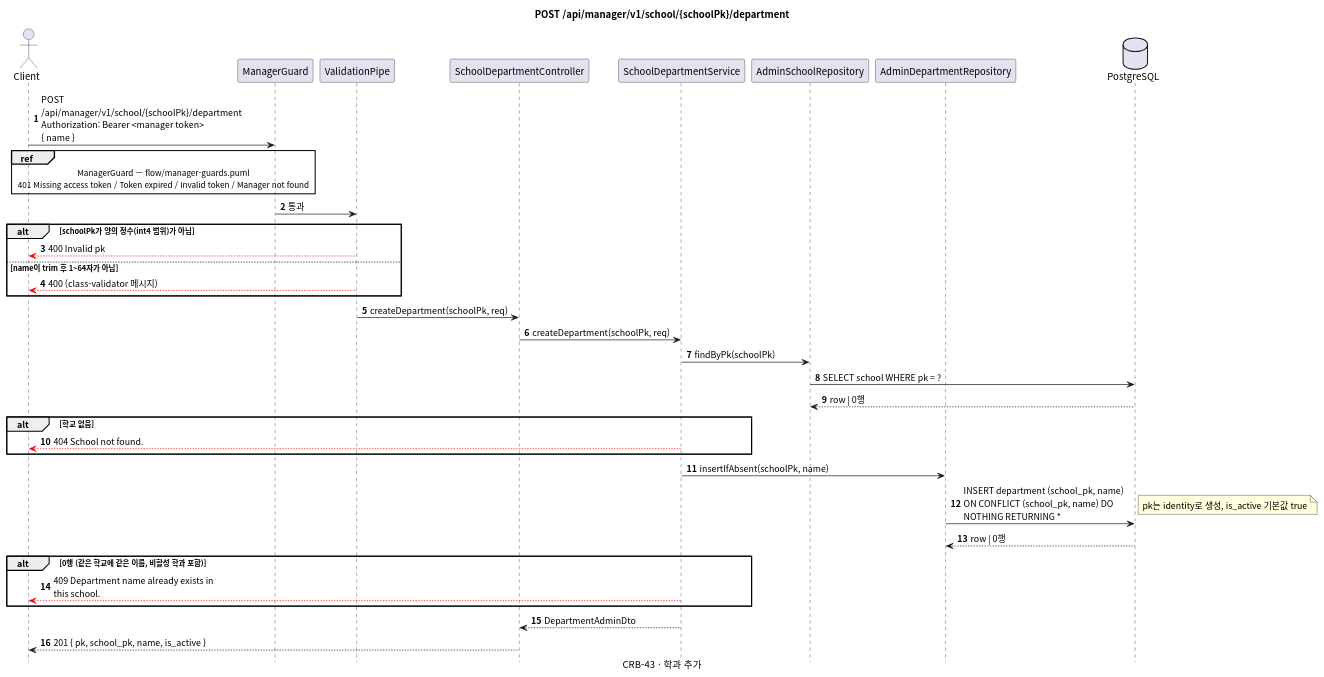
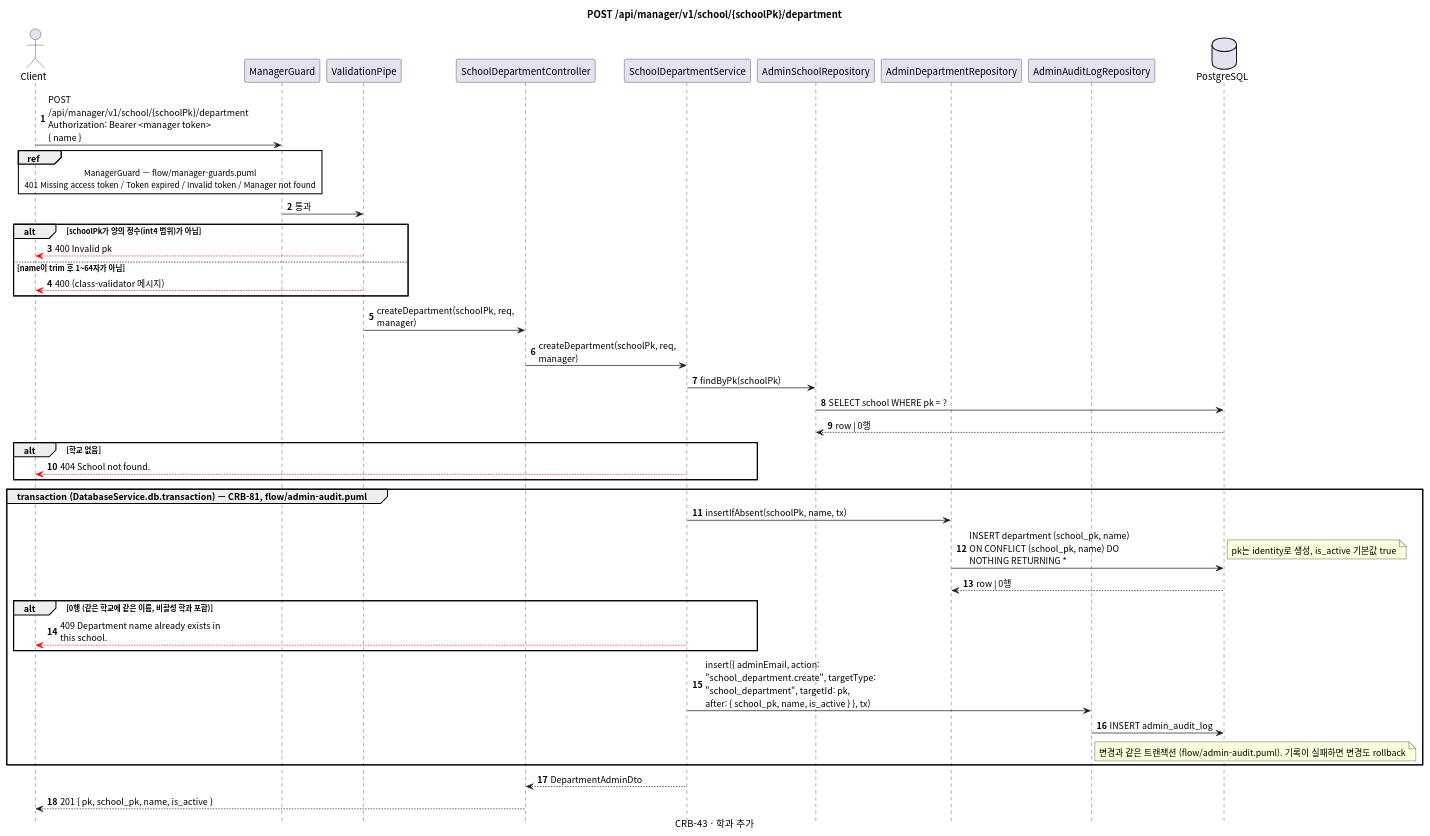
The diagram in docs/sequence/manager/post-school-pk-department.puml (gsainfoteam/cheers-be), drawn with PlantUML before and after one commit. The commit also changed 88 other files, not shown here.

Commit message:
- feat: 어드민 변경 감사 로그(admin_audit_log, 변경 전·후 값)와 접근 로그 · 감사 로그 조회 API

```diff
--- a/docs/sequence/manager/post-school-pk-department.puml
+++ b/docs/sequence/manager/post-school-pk-department.puml
@@ -1,49 +1,55 @@
 @startuml post-manager-school-pk-department
 skinparam defaultFontName "Apple SD Gothic Neo", "Noto Sans CJK KR", sans-serif
 skinparam responseMessageBelowArrow true
 skinparam sequenceMessageAlign left
 skinparam maxMessageSize 260
 skinparam BoxPadding 8
 skinparam shadowing false
 autonumber
 hide footbox
 
 title POST /api/manager/v1/school/{schoolPk}/department
 caption CRB-43 · 학과 추가
 
 actor Client
 participant "ManagerGuard" as Guard
 participant "ValidationPipe" as Pipe
 participant "SchoolDepartmentController" as Controller
 participant "SchoolDepartmentService" as Service
 participant "AdminSchoolRepository" as SchoolRepository
 participant "AdminDepartmentRepository" as DepartmentRepository
+participant "AdminAuditLogRepository" as AdminAuditLogRepository
 database PostgreSQL
 
 Client -> Guard: POST /api/manager/v1/school/{schoolPk}/department\nAuthorization: Bearer <manager token>\n{ name }
 ref over Client, Guard: ManagerGuard — flow/manager-guards.puml\n401 Missing access token / Token expired / Invalid token / Manager not found
 Guard -> Pipe: 통과
 alt schoolPk가 양의 정수(int4 범위)가 아님
   Pipe -[#red]-> Client: 400 Invalid pk
 else name이 trim 후 1~64자가 아님
   Pipe -[#red]-> Client: 400 (class-validator 메시지)
 end
-Pipe -> Controller: createDepartment(schoolPk, req)
-Controller -> Service: createDepartment(schoolPk, req)
+Pipe -> Controller: createDepartment(schoolPk, req, manager)
+Controller -> Service: createDepartment(schoolPk, req, manager)
 Service -> SchoolRepository: findByPk(schoolPk)
 SchoolRepository -> PostgreSQL: SELECT school WHERE pk = ?
 PostgreSQL --> SchoolRepository: row | 0행
 alt 학교 없음
   Service -[#red]-> Client: 404 School not found.
 end
-Service -> DepartmentRepository: insertIfAbsent(schoolPk, name)
-DepartmentRepository -> PostgreSQL: INSERT department (school_pk, name)\nON CONFLICT (school_pk, name) DO NOTHING RETURNING *
-note right: pk는 identity로 생성, is_active 기본값 true
-PostgreSQL --> DepartmentRepository: row | 0행
-alt 0행 (같은 학교에 같은 이름, 비활성 학과 포함)
-  Service -[#red]-> Client: 409 Department name already exists in this school.
+group transaction (DatabaseService.db.transaction) — CRB-81, flow/admin-audit.puml
+  Service -> DepartmentRepository: insertIfAbsent(schoolPk, name, tx)
+  DepartmentRepository -> PostgreSQL: INSERT department (school_pk, name)\nON CONFLICT (school_pk, name) DO NOTHING RETURNING *
+  note right: pk는 identity로 생성, is_active 기본값 true
+  PostgreSQL --> DepartmentRepository: row | 0행
+  alt 0행 (같은 학교에 같은 이름, 비활성 학과 포함)
+    Service -[#red]-> Client: 409 Department name already exists in this school.
+  end
+  Service -> AdminAuditLogRepository: insert({ adminEmail, action: "school_department.create", targetType: "school_department", targetId: pk,\nafter: { school_pk, name, is_active } }, tx)
+  AdminAuditLogRepository -> PostgreSQL: INSERT admin_audit_log
+  note right of AdminAuditLogRepository: 변경과 같은 트랜잭션 (flow/admin-audit.puml). 기록이 실패하면 변경도 rollback
 end
 Service --> Controller: DepartmentAdminDto
 Controller --> Client: 201 { pk, school_pk, name, is_active }
 
 @enduml
```
